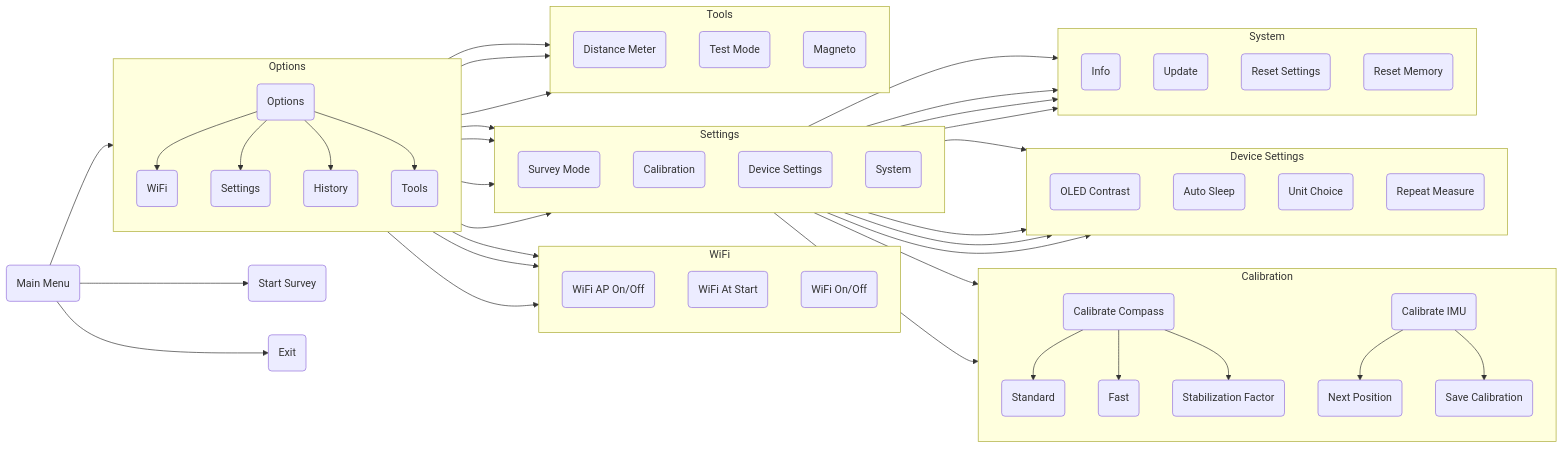
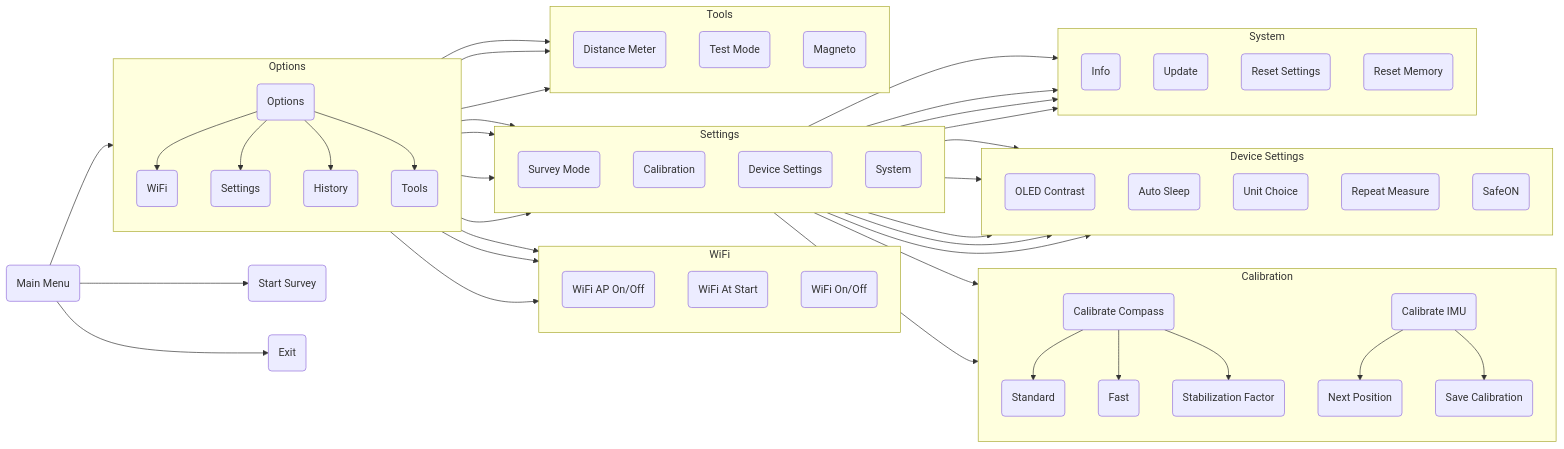
Before and after one commit to SebKister/JedEye-Documentation: the diagram in website/docs/Menu-Tree.md, drawn with Mermaid. The commit also changed 120 other files, not shown here.

```diff
--- a/website/docs/Menu-Tree.md
+++ b/website/docs/Menu-Tree.md
@@ -75,11 +75,13 @@
         AutoSleep(Auto Sleep)
         Unit(Unit Choice)
         RepMeas(Repeat Measure)
+        SafeON(SafeON)
         
         DevSet --> Contrast
         DevSet --> AutoSleep
         DevSet --> Unit
         DevSet --> RepMeas
+        DevSet --> SafeON
 
     end
     
```
